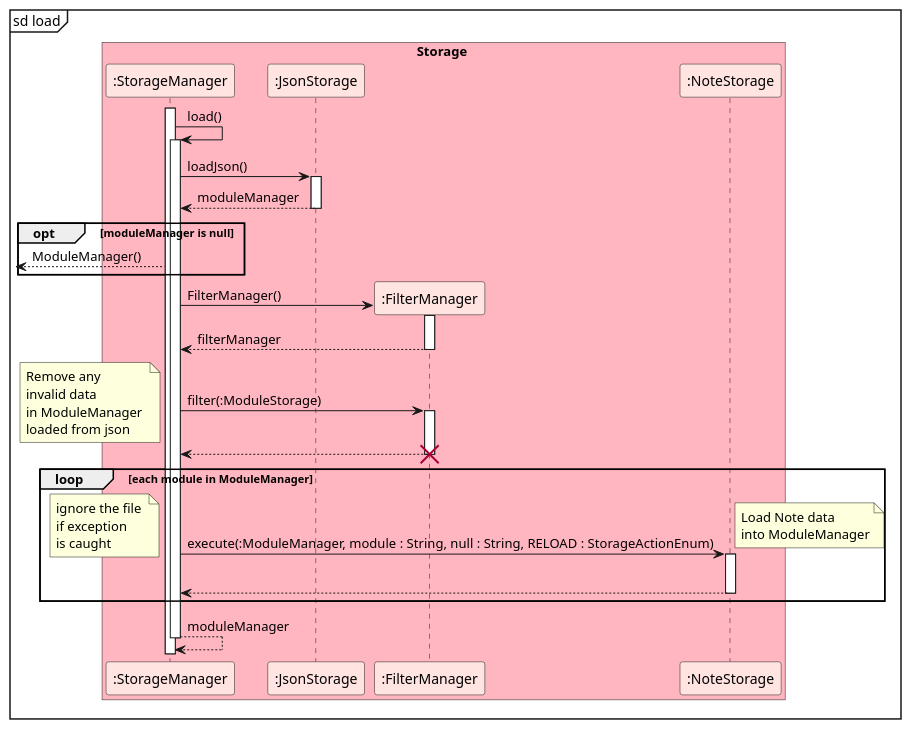
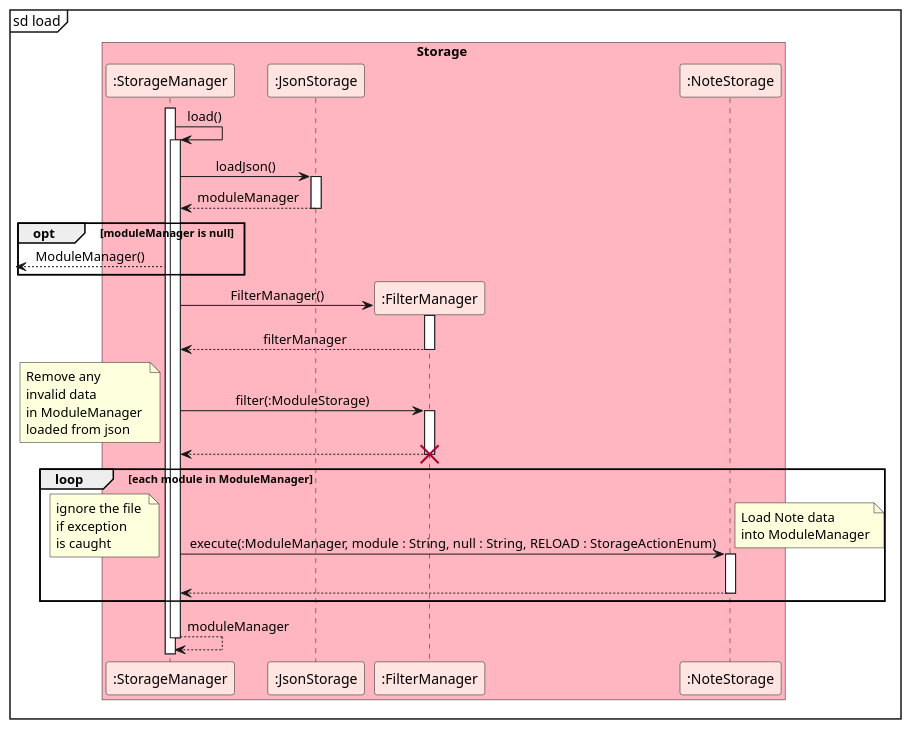
The diagram in docs/uml/storage/StorageLoadSequenceDiagram_part2.puml (nus-cs2113-AY2122S1/tp), drawn with PlantUML before and after one commit. The commit also changed 8 other files, not shown here.

Commit message:
Add executeCommandResult seq diagram in DG

```diff
--- a/docs/uml/storage/StorageLoadSequenceDiagram_part2.puml
+++ b/docs/uml/storage/StorageLoadSequenceDiagram_part2.puml
@@ -1,45 +1,47 @@
 @startuml
 'https://plantuml.com/sequence-diagram
+
+skinparam sequenceMessageAlign center
 
 mainframe sd load
 
 box Storage #lightpink
 participant ":StorageManager" as StorageManager #mistyrose
 participant ":JsonStorage" as JsonStorage #mistyrose
 participant ":FilterManager" as FilterManager #mistyrose
 participant ":NoteStorage" as NoteStorage #mistyrose
 endbox
 
 activate StorageManager
 StorageManager -> StorageManager : load()
 activate StorageManager
 StorageManager -> JsonStorage : loadJson()
 activate JsonStorage
 return moduleManager
 opt moduleManager is null
 <-- StorageManager : ModuleManager()
 end
 create FilterManager
 StorageManager -> FilterManager : FilterManager()
 activate FilterManager
 return filterManager
 StorageManager -> FilterManager : filter(:ModuleStorage)
 note left : Remove any \ninvalid data \nin ModuleManager \nloaded from json
 activate FilterManager
 return
 destroy FilterManager
 loop each module in ModuleManager
   StorageManager -> NoteStorage : execute(:ModuleManager, module : String, null : String, RELOAD : StorageActionEnum)
   activate NoteStorage
   note left : ignore the file \nif exception \nis caught
   |||
   note right: Load Note data \ninto ModuleManager
   return
 end
 return moduleManager
 
 
 
 
 
 @enduml
```
